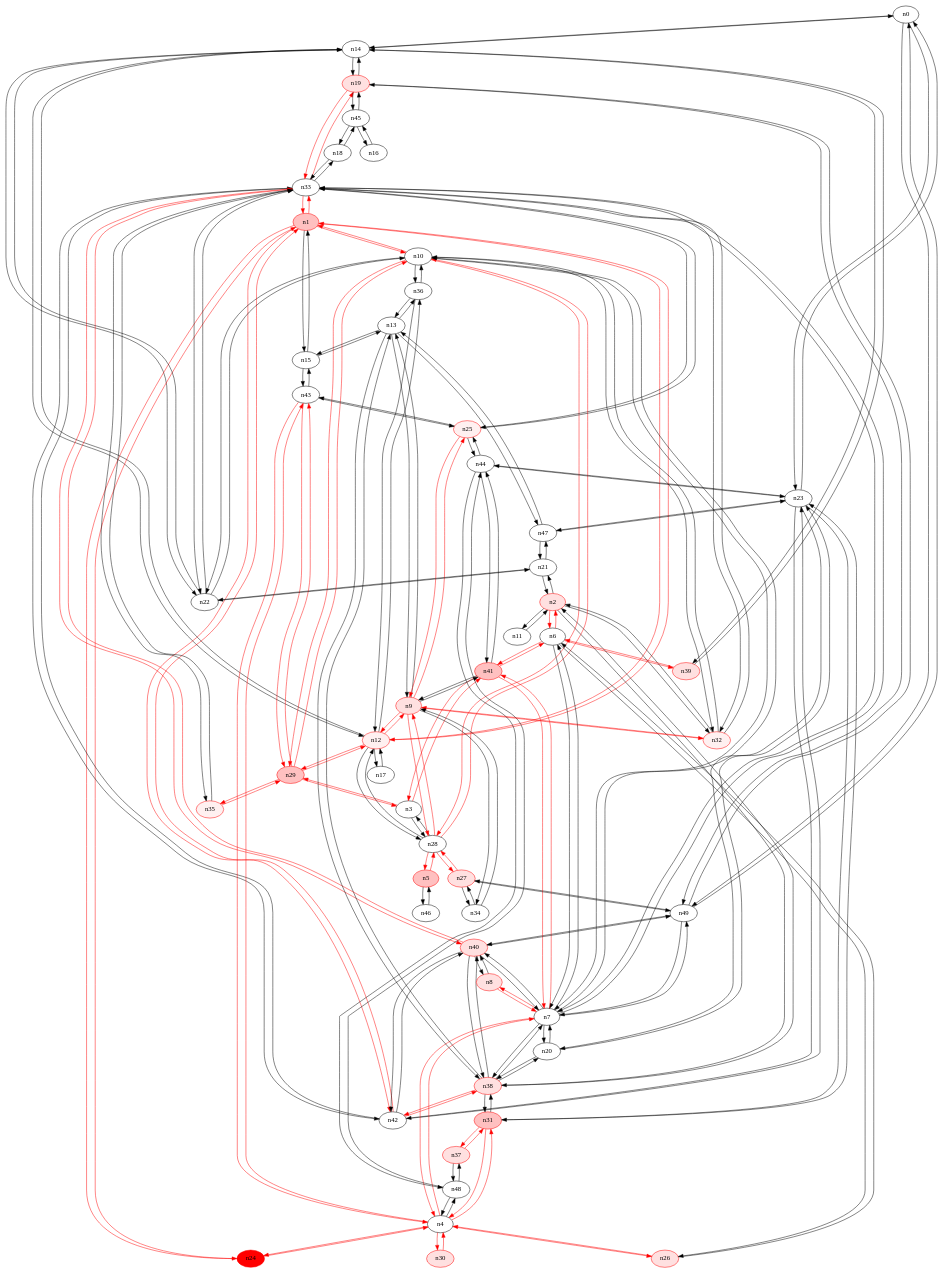
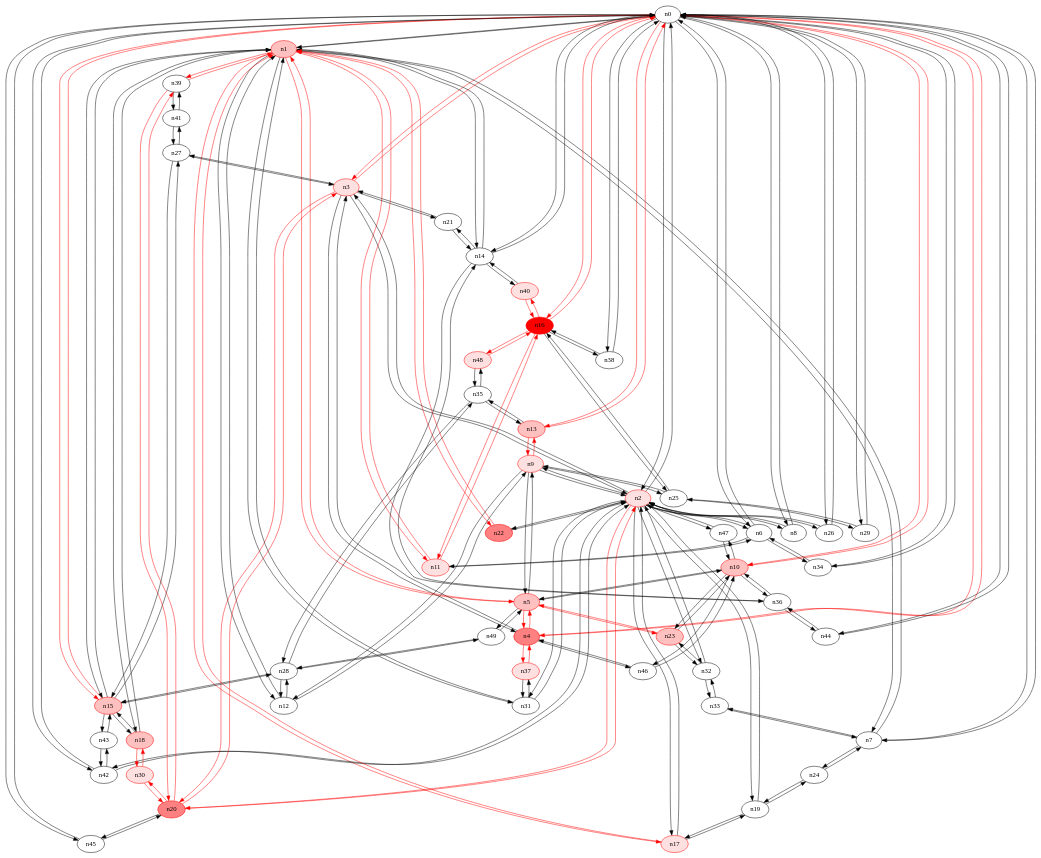
One commit to ireallyhopeirememberthis/yates_rrt changed the diagram in 50_35/34-rrt1.dot. Above: the diagram before and after it, drawn with Graphviz. The commit also changed 7464 other files, not shown here.

```diff
--- a/50_35/34-rrt1.dot
+++ b/50_35/34-rrt1.dot
@@ -1,252 +1,244 @@
 strict digraph {
 n0 [type=switch];
+n1 [type=switch, color="#FF0000", style=filled, fillcolor="#FFC0C0"];
+n2 [type=host, color="#FF0000", style=filled, fillcolor="#FFE0E0"];
+n3 [type=host, color="#FF0000", style=filled, fillcolor="#FFE0E0"];
+n4 [type=host, color="#FF0000", style=filled, fillcolor="#FF8080"];
+n6 [type=switch];
+n7 [type=switch];
+n8 [type=switch];
+n10 [type=host, color="#FF0000", style=filled, fillcolor="#FFC0C0"];
+n13 [type=host, color="#FF0000", style=filled, fillcolor="#FFC0C0"];
 n14 [type=switch];
-n23 [type=switch];
+n15 [type=host, color="#FF0000", style=filled, fillcolor="#FFC0C0"];
+n16 [type=switch, color="#FF0000", style=filled, fillcolor="#FF0000"];
+n26 [type=switch];
+n29 [type=switch];
+n34 [type=switch];
+n38 [type=switch];
+n42 [type=switch];
+n44 [type=switch];
+n45 [type=switch];
+n5 [type=host, color="#FF0000", style=filled, fillcolor="#FFC0C0"];
+n11 [type=host, color="#FF0000", style=filled, fillcolor="#FFE0E0"];
+n12 [type=switch];
+n17 [type=host, color="#FF0000", style=filled, fillcolor="#FFE0E0"];
+n18 [type=host, color="#FF0000", style=filled, fillcolor="#FFC0C0"];
+n22 [type=switch, color="#FF0000", style=filled, fillcolor="#FF8080"];
+n31 [type=switch];
+n39 [type=switch];
+n9 [type=host, color="#FF0000", style=filled, fillcolor="#FFE0E0"];
+n19 [type=switch];
+n20 [type=host, color="#FF0000", style=filled, fillcolor="#FF8080"];
+n32 [type=switch];
+n47 [type=switch];
+n21 [type=switch];
+n27 [type=switch];
+n37 [type=host, color="#FF0000", style=filled, fillcolor="#FFE0E0"];
+n46 [type=switch];
+n23 [type=host, color="#FF0000", style=filled, fillcolor="#FFC0C0"];
 n49 [type=switch];
-n1 [type=switch, color="#FF0000", style=filled, fillcolor="#FFC0C0"];
-n10 [type=switch];
-n12 [type=host, color="#FF0000", style=filled, fillcolor="#FFF0F0"];
-n15 [type=switch];
-n24 [type=switch, color="#FF0000", style=filled, fillcolor="#FF0000"];
+n24 [type=switch];
 n33 [type=switch];
-n42 [type=switch];
-n2 [type=host, color="#FF0000", style=filled, fillcolor="#FFE0E0"];
-n6 [type=switch];
-n11 [type=switch];
-n21 [type=switch];
-n32 [type=host, color="#FF0000", style=filled, fillcolor="#FFF0F0"];
-n38 [type=host, color="#FF0000", style=filled, fillcolor="#FFE0E0"];
-n3 [type=switch];
+n25 [type=switch];
+n36 [type=switch];
 n28 [type=switch];
-n29 [type=host, color="#FF0000", style=filled, fillcolor="#FFC0C0"];
-n41 [type=host, color="#FF0000", style=filled, fillcolor="#FFC0C0"];
-n4 [type=switch];
-n7 [type=switch];
-n26 [type=host, color="#FF0000", style=filled, fillcolor="#FFE0E0"];
+n35 [type=switch];
+n40 [type=host, color="#FF0000", style=filled, fillcolor="#FFE0E0"];
+n43 [type=switch];
+n48 [type=host, color="#FF0000", style=filled, fillcolor="#FFE0E0"];
 n30 [type=host, color="#FF0000", style=filled, fillcolor="#FFE0E0"];
-n31 [type=switch, color="#FF0000", style=filled, fillcolor="#FFC0C0"];
-n43 [type=switch];
-n48 [type=switch];
-n5 [type=switch, color="#FF0000", style=filled, fillcolor="#FFC0C0"];
-n46 [type=switch];
-n39 [type=host, color="#FF0000", style=filled, fillcolor="#FFE0E0"];
-n8 [type=host, color="#FF0000", style=filled, fillcolor="#FFE0E0"];
-n20 [type=switch];
-n40 [type=host, color="#FF0000", style=filled, fillcolor="#FFE0E0"];
-n9 [type=host, color="#FF0000", style=filled, fillcolor="#FFE0E0"];
-n13 [type=switch];
-n25 [type=host, color="#FF0000", style=filled, fillcolor="#FFF0F0"];
-n34 [type=switch];
-n22 [type=switch];
-n36 [type=switch];
-n17 [type=switch];
-n47 [type=switch];
-n19 [type=host, color="#FF0000", style=filled, fillcolor="#FFE0E0"];
-n16 [type=switch];
-n45 [type=switch];
-n18 [type=switch];
-n44 [type=switch];
-n27 [type=host, color="#FF0000", style=filled, fillcolor="#FFE0E0"];
-n35 [type=host, color="#FF0000", style=filled, fillcolor="#FFF0F0"];
-n37 [type=host, color="#FF0000", style=filled, fillcolor="#FFE0E0"];
+n41 [type=switch];
+n0 -> n1 [src_port=0, dst_port=0];
+n0 -> n2 [src_port=0, dst_port=0];
+n0 -> n3 [src_port=0, dst_port=0, color="#FF0000"];
+n0 -> n4 [src_port=0, dst_port=0, color="#FF0000"];
+n0 -> n6 [src_port=0, dst_port=0];
+n0 -> n7 [src_port=0, dst_port=0];
+n0 -> n8 [src_port=0, dst_port=0];
+n0 -> n10 [src_port=0, dst_port=0, color="#FF0000"];
+n0 -> n13 [src_port=0, dst_port=0, color="#FF0000"];
 n0 -> n14 [src_port=0, dst_port=0];
-n0 -> n23 [src_port=0, dst_port=0];
-n0 -> n49 [src_port=0, dst_port=0];
+n0 -> n15 [src_port=0, dst_port=0, color="#FF0000"];
+n0 -> n16 [src_port=0, dst_port=0, color="#FF0000"];
+n0 -> n26 [src_port=0, dst_port=0];
+n0 -> n29 [src_port=0, dst_port=0];
+n0 -> n34 [src_port=0, dst_port=0];
+n0 -> n38 [src_port=0, dst_port=0];
+n0 -> n42 [src_port=0, dst_port=0];
+n0 -> n44 [src_port=0, dst_port=0];
+n0 -> n45 [src_port=0, dst_port=0];
+n1 -> n0 [src_port=0, dst_port=0];
+n1 -> n7 [src_port=0, dst_port=0];
+n1 -> n14 [src_port=0, dst_port=0];
+n1 -> n15 [src_port=0, dst_port=0];
+n1 -> n5 [src_port=0, dst_port=0, color="#FF0000"];
+n1 -> n11 [src_port=0, dst_port=0, color="#FF0000"];
+n1 -> n12 [src_port=0, dst_port=0];
+n1 -> n17 [src_port=0, dst_port=0, color="#FF0000"];
+n1 -> n18 [src_port=0, dst_port=0];
+n1 -> n22 [src_port=0, dst_port=0, color="#FF0000"];
+n1 -> n31 [src_port=0, dst_port=0];
+n1 -> n39 [src_port=0, dst_port=0, color="#FF0000"];
+n2 -> n0 [src_port=0, dst_port=0];
+n2 -> n3 [src_port=0, dst_port=0];
+n2 -> n6 [src_port=0, dst_port=0];
+n2 -> n8 [src_port=0, dst_port=0];
+n2 -> n26 [src_port=0, dst_port=0];
+n2 -> n42 [src_port=0, dst_port=0];
+n2 -> n17 [src_port=0, dst_port=0];
+n2 -> n22 [src_port=0, dst_port=0];
+n2 -> n31 [src_port=0, dst_port=0];
+n2 -> n9 [src_port=0, dst_port=0];
+n2 -> n19 [src_port=0, dst_port=0];
+n2 -> n20 [src_port=0, dst_port=0, color="#FF0000"];
+n2 -> n32 [src_port=0, dst_port=0];
+n2 -> n47 [src_port=0, dst_port=0];
+n3 -> n0 [src_port=0, dst_port=0, color="#FF0000"];
+n3 -> n2 [src_port=0, dst_port=0];
+n3 -> n4 [src_port=0, dst_port=0];
+n3 -> n20 [src_port=0, dst_port=0, color="#FF0000"];
+n3 -> n21 [src_port=0, dst_port=0];
+n3 -> n27 [src_port=0, dst_port=0];
+n4 -> n0 [src_port=0, dst_port=0, color="#FF0000"];
+n4 -> n3 [src_port=0, dst_port=0];
+n4 -> n5 [src_port=0, dst_port=0, color="#FF0000"];
+n4 -> n37 [src_port=0, dst_port=0, color="#FF0000"];
+n4 -> n46 [src_port=0, dst_port=0];
+n6 -> n0 [src_port=0, dst_port=0];
+n6 -> n2 [src_port=0, dst_port=0];
+n6 -> n34 [src_port=0, dst_port=0];
+n6 -> n11 [src_port=0, dst_port=0];
+n7 -> n0 [src_port=0, dst_port=0];
+n7 -> n1 [src_port=0, dst_port=0];
+n7 -> n24 [src_port=0, dst_port=0];
+n7 -> n33 [src_port=0, dst_port=0];
+n8 -> n0 [src_port=0, dst_port=0];
+n8 -> n2 [src_port=0, dst_port=0];
+n10 -> n0 [src_port=0, dst_port=0, color="#FF0000"];
+n10 -> n5 [src_port=0, dst_port=0];
+n10 -> n47 [src_port=0, dst_port=0];
+n10 -> n46 [src_port=0, dst_port=0];
+n10 -> n23 [src_port=0, dst_port=0];
+n10 -> n36 [src_port=0, dst_port=0];
+n13 -> n0 [src_port=0, dst_port=0, color="#FF0000"];
+n13 -> n9 [src_port=0, dst_port=0, color="#FF0000"];
+n13 -> n35 [src_port=0, dst_port=0];
 n14 -> n0 [src_port=0, dst_port=0];
-n14 -> n12 [src_port=0, dst_port=0];
-n14 -> n39 [src_port=0, dst_port=0];
-n14 -> n22 [src_port=0, dst_port=0];
-n14 -> n19 [src_port=0, dst_port=0];
-n23 -> n0 [src_port=0, dst_port=0];
-n23 -> n42 [src_port=0, dst_port=0];
-n23 -> n31 [src_port=0, dst_port=0];
-n23 -> n20 [src_port=0, dst_port=0];
-n23 -> n47 [src_port=0, dst_port=0];
-n23 -> n44 [src_port=0, dst_port=0];
-n49 -> n0 [src_port=0, dst_port=0];
-n49 -> n7 [src_port=0, dst_port=0];
-n49 -> n40 [src_port=0, dst_port=0];
-n49 -> n19 [src_port=0, dst_port=0];
-n49 -> n27 [src_port=0, dst_port=0];
-n1 -> n10 [src_port=0, dst_port=0, color="#FF0000"];
-n1 -> n12 [src_port=0, dst_port=0, color="#FF0000"];
-n1 -> n15 [src_port=0, dst_port=0];
-n1 -> n24 [src_port=0, dst_port=0, color="#FF0000"];
-n1 -> n33 [src_port=0, dst_port=0, color="#FF0000"];
-n1 -> n42 [src_port=0, dst_port=0, color="#FF0000"];
-n10 -> n1 [src_port=0, dst_port=0, color="#FF0000"];
-n10 -> n32 [src_port=0, dst_port=0];
-n10 -> n28 [src_port=0, dst_port=0, color="#FF0000"];
-n10 -> n29 [src_port=0, dst_port=0, color="#FF0000"];
-n10 -> n7 [src_port=0, dst_port=0];
-n10 -> n22 [src_port=0, dst_port=0];
-n10 -> n36 [src_port=0, dst_port=0];
-n12 -> n14 [src_port=0, dst_port=0];
-n12 -> n1 [src_port=0, dst_port=0, color="#FF0000"];
+n14 -> n1 [src_port=0, dst_port=0];
+n14 -> n21 [src_port=0, dst_port=0];
+n14 -> n36 [src_port=0, dst_port=0];
+n14 -> n40 [src_port=0, dst_port=0];
+n15 -> n0 [src_port=0, dst_port=0, color="#FF0000"];
+n15 -> n1 [src_port=0, dst_port=0];
+n15 -> n18 [src_port=0, dst_port=0];
+n15 -> n27 [src_port=0, dst_port=0];
+n15 -> n28 [src_port=0, dst_port=0];
+n15 -> n43 [src_port=0, dst_port=0];
+n16 -> n0 [src_port=0, dst_port=0, color="#FF0000"];
+n16 -> n38 [src_port=0, dst_port=0];
+n16 -> n11 [src_port=0, dst_port=0, color="#FF0000"];
+n16 -> n25 [src_port=0, dst_port=0];
+n16 -> n40 [src_port=0, dst_port=0, color="#FF0000"];
+n16 -> n48 [src_port=0, dst_port=0, color="#FF0000"];
+n26 -> n0 [src_port=0, dst_port=0];
+n26 -> n2 [src_port=0, dst_port=0];
+n29 -> n0 [src_port=0, dst_port=0];
+n29 -> n25 [src_port=0, dst_port=0];
+n34 -> n0 [src_port=0, dst_port=0];
+n34 -> n6 [src_port=0, dst_port=0];
+n38 -> n0 [src_port=0, dst_port=0];
+n38 -> n16 [src_port=0, dst_port=0];
+n42 -> n0 [src_port=0, dst_port=0];
+n42 -> n2 [src_port=0, dst_port=0];
+n42 -> n43 [src_port=0, dst_port=0];
+n44 -> n0 [src_port=0, dst_port=0];
+n44 -> n36 [src_port=0, dst_port=0];
+n45 -> n0 [src_port=0, dst_port=0];
+n45 -> n20 [src_port=0, dst_port=0];
+n5 -> n1 [src_port=0, dst_port=0, color="#FF0000"];
+n5 -> n4 [src_port=0, dst_port=0, color="#FF0000"];
+n5 -> n10 [src_port=0, dst_port=0];
+n5 -> n9 [src_port=0, dst_port=0];
+n5 -> n23 [src_port=0, dst_port=0, color="#FF0000"];
+n5 -> n49 [src_port=0, dst_port=0];
+n11 -> n1 [src_port=0, dst_port=0, color="#FF0000"];
+n11 -> n6 [src_port=0, dst_port=0];
+n11 -> n16 [src_port=0, dst_port=0, color="#FF0000"];
+n12 -> n1 [src_port=0, dst_port=0];
+n12 -> n9 [src_port=0, dst_port=0];
 n12 -> n28 [src_port=0, dst_port=0];
-n12 -> n29 [src_port=0, dst_port=0, color="#FF0000"];
-n12 -> n9 [src_port=0, dst_port=0, color="#FF0000"];
-n12 -> n36 [src_port=0, dst_port=0];
-n12 -> n17 [src_port=0, dst_port=0];
-n15 -> n1 [src_port=0, dst_port=0];
-n15 -> n43 [src_port=0, dst_port=0];
-n15 -> n13 [src_port=0, dst_port=0];
-n24 -> n1 [src_port=0, dst_port=0, color="#FF0000"];
-n24 -> n4 [src_port=0, dst_port=0, color="#FF0000"];
-n33 -> n1 [src_port=0, dst_port=0, color="#FF0000"];
-n33 -> n42 [src_port=0, dst_port=0];
+n17 -> n1 [src_port=0, dst_port=0, color="#FF0000"];
+n17 -> n2 [src_port=0, dst_port=0];
+n17 -> n19 [src_port=0, dst_port=0];
+n18 -> n1 [src_port=0, dst_port=0];
+n18 -> n15 [src_port=0, dst_port=0];
+n18 -> n30 [src_port=0, dst_port=0, color="#FF0000"];
+n22 -> n1 [src_port=0, dst_port=0, color="#FF0000"];
+n22 -> n2 [src_port=0, dst_port=0];
+n31 -> n1 [src_port=0, dst_port=0];
+n31 -> n2 [src_port=0, dst_port=0];
+n31 -> n37 [src_port=0, dst_port=0];
+n39 -> n1 [src_port=0, dst_port=0, color="#FF0000"];
+n39 -> n20 [src_port=0, dst_port=0, color="#FF0000"];
+n39 -> n41 [src_port=0, dst_port=0];
+n9 -> n2 [src_port=0, dst_port=0];
+n9 -> n13 [src_port=0, dst_port=0, color="#FF0000"];
+n9 -> n5 [src_port=0, dst_port=0];
+n9 -> n12 [src_port=0, dst_port=0];
+n9 -> n25 [src_port=0, dst_port=0];
+n19 -> n2 [src_port=0, dst_port=0];
+n19 -> n17 [src_port=0, dst_port=0];
+n19 -> n24 [src_port=0, dst_port=0];
+n20 -> n2 [src_port=0, dst_port=0, color="#FF0000"];
+n20 -> n3 [src_port=0, dst_port=0, color="#FF0000"];
+n20 -> n45 [src_port=0, dst_port=0];
+n20 -> n39 [src_port=0, dst_port=0, color="#FF0000"];
+n20 -> n30 [src_port=0, dst_port=0, color="#FF0000"];
+n32 -> n2 [src_port=0, dst_port=0];
+n32 -> n23 [src_port=0, dst_port=0];
+n32 -> n33 [src_port=0, dst_port=0];
+n47 -> n2 [src_port=0, dst_port=0];
+n47 -> n10 [src_port=0, dst_port=0];
+n21 -> n3 [src_port=0, dst_port=0];
+n21 -> n14 [src_port=0, dst_port=0];
+n27 -> n3 [src_port=0, dst_port=0];
+n27 -> n15 [src_port=0, dst_port=0];
+n27 -> n41 [src_port=0, dst_port=0];
+n37 -> n4 [src_port=0, dst_port=0, color="#FF0000"];
+n37 -> n31 [src_port=0, dst_port=0];
+n46 -> n4 [src_port=0, dst_port=0];
+n46 -> n10 [src_port=0, dst_port=0];
+n23 -> n10 [src_port=0, dst_port=0];
+n23 -> n5 [src_port=0, dst_port=0, color="#FF0000"];
+n23 -> n32 [src_port=0, dst_port=0];
+n49 -> n5 [src_port=0, dst_port=0];
+n49 -> n28 [src_port=0, dst_port=0];
+n24 -> n7 [src_port=0, dst_port=0];
+n24 -> n19 [src_port=0, dst_port=0];
+n33 -> n7 [src_port=0, dst_port=0];
 n33 -> n32 [src_port=0, dst_port=0];
-n33 -> n7 [src_port=0, dst_port=0];
-n33 -> n40 [src_port=0, dst_port=0, color="#FF0000"];
-n33 -> n25 [src_port=0, dst_port=0];
-n33 -> n22 [src_port=0, dst_port=0];
-n33 -> n19 [src_port=0, dst_port=0, color="#FF0000"];
-n33 -> n18 [src_port=0, dst_port=0];
-n33 -> n35 [src_port=0, dst_port=0];
-n42 -> n23 [src_port=0, dst_port=0];
-n42 -> n1 [src_port=0, dst_port=0, color="#FF0000"];
-n42 -> n33 [src_port=0, dst_port=0];
-n42 -> n38 [src_port=0, dst_port=0, color="#FF0000"];
-n42 -> n40 [src_port=0, dst_port=0];
-n2 -> n6 [src_port=0, dst_port=0, color="#FF0000"];
-n2 -> n11 [src_port=0, dst_port=0];
-n2 -> n21 [src_port=0, dst_port=0];
-n2 -> n32 [src_port=0, dst_port=0];
-n2 -> n38 [src_port=0, dst_port=0];
-n6 -> n2 [src_port=0, dst_port=0, color="#FF0000"];
-n6 -> n41 [src_port=0, dst_port=0, color="#FF0000"];
-n6 -> n7 [src_port=0, dst_port=0];
-n6 -> n26 [src_port=0, dst_port=0];
-n6 -> n39 [src_port=0, dst_port=0, color="#FF0000"];
-n11 -> n2 [src_port=0, dst_port=0];
-n21 -> n2 [src_port=0, dst_port=0];
-n21 -> n22 [src_port=0, dst_port=0];
-n21 -> n47 [src_port=0, dst_port=0];
-n32 -> n10 [src_port=0, dst_port=0];
-n32 -> n33 [src_port=0, dst_port=0];
-n32 -> n2 [src_port=0, dst_port=0];
-n32 -> n9 [src_port=0, dst_port=0, color="#FF0000"];
-n38 -> n42 [src_port=0, dst_port=0, color="#FF0000"];
-n38 -> n2 [src_port=0, dst_port=0];
-n38 -> n7 [src_port=0, dst_port=0];
-n38 -> n31 [src_port=0, dst_port=0];
-n38 -> n20 [src_port=0, dst_port=0];
-n38 -> n40 [src_port=0, dst_port=0];
-n38 -> n13 [src_port=0, dst_port=0];
-n3 -> n28 [src_port=0, dst_port=0];
-n3 -> n29 [src_port=0, dst_port=0, color="#FF0000"];
-n3 -> n41 [src_port=0, dst_port=0, color="#FF0000"];
-n28 -> n10 [src_port=0, dst_port=0, color="#FF0000"];
+n25 -> n16 [src_port=0, dst_port=0];
+n25 -> n29 [src_port=0, dst_port=0];
+n25 -> n9 [src_port=0, dst_port=0];
+n36 -> n10 [src_port=0, dst_port=0];
+n36 -> n14 [src_port=0, dst_port=0];
+n36 -> n44 [src_port=0, dst_port=0];
+n28 -> n15 [src_port=0, dst_port=0];
 n28 -> n12 [src_port=0, dst_port=0];
-n28 -> n3 [src_port=0, dst_port=0];
-n28 -> n5 [src_port=0, dst_port=0, color="#FF0000"];
-n28 -> n9 [src_port=0, dst_port=0, color="#FF0000"];
-n28 -> n27 [src_port=0, dst_port=0, color="#FF0000"];
-n29 -> n10 [src_port=0, dst_port=0, color="#FF0000"];
-n29 -> n12 [src_port=0, dst_port=0, color="#FF0000"];
-n29 -> n3 [src_port=0, dst_port=0, color="#FF0000"];
-n29 -> n43 [src_port=0, dst_port=0, color="#FF0000"];
-n29 -> n35 [src_port=0, dst_port=0, color="#FF0000"];
-n41 -> n6 [src_port=0, dst_port=0, color="#FF0000"];
-n41 -> n3 [src_port=0, dst_port=0, color="#FF0000"];
-n41 -> n7 [src_port=0, dst_port=0, color="#FF0000"];
-n41 -> n9 [src_port=0, dst_port=0];
-n41 -> n44 [src_port=0, dst_port=0];
-n4 -> n24 [src_port=0, dst_port=0, color="#FF0000"];
-n4 -> n7 [src_port=0, dst_port=0, color="#FF0000"];
-n4 -> n26 [src_port=0, dst_port=0, color="#FF0000"];
-n4 -> n30 [src_port=0, dst_port=0, color="#FF0000"];
-n4 -> n31 [src_port=0, dst_port=0, color="#FF0000"];
-n4 -> n43 [src_port=0, dst_port=0, color="#FF0000"];
-n4 -> n48 [src_port=0, dst_port=0];
-n7 -> n49 [src_port=0, dst_port=0];
-n7 -> n10 [src_port=0, dst_port=0];
-n7 -> n33 [src_port=0, dst_port=0];
-n7 -> n6 [src_port=0, dst_port=0];
-n7 -> n38 [src_port=0, dst_port=0];
-n7 -> n41 [src_port=0, dst_port=0, color="#FF0000"];
-n7 -> n4 [src_port=0, dst_port=0, color="#FF0000"];
-n7 -> n8 [src_port=0, dst_port=0, color="#FF0000"];
-n7 -> n20 [src_port=0, dst_port=0];
-n7 -> n40 [src_port=0, dst_port=0];
-n26 -> n6 [src_port=0, dst_port=0];
-n26 -> n4 [src_port=0, dst_port=0, color="#FF0000"];
-n30 -> n4 [src_port=0, dst_port=0, color="#FF0000"];
-n31 -> n23 [src_port=0, dst_port=0];
-n31 -> n38 [src_port=0, dst_port=0];
-n31 -> n4 [src_port=0, dst_port=0, color="#FF0000"];
-n31 -> n37 [src_port=0, dst_port=0, color="#FF0000"];
+n28 -> n49 [src_port=0, dst_port=0];
+n28 -> n35 [src_port=0, dst_port=0];
+n35 -> n13 [src_port=0, dst_port=0];
+n35 -> n28 [src_port=0, dst_port=0];
+n35 -> n48 [src_port=0, dst_port=0];
+n40 -> n14 [src_port=0, dst_port=0];
+n40 -> n16 [src_port=0, dst_port=0, color="#FF0000"];
 n43 -> n15 [src_port=0, dst_port=0];
-n43 -> n29 [src_port=0, dst_port=0, color="#FF0000"];
-n43 -> n4 [src_port=0, dst_port=0, color="#FF0000"];
-n43 -> n25 [src_port=0, dst_port=0];
-n48 -> n4 [src_port=0, dst_port=0];
-n48 -> n44 [src_port=0, dst_port=0];
-n48 -> n37 [src_port=0, dst_port=0];
-n5 -> n28 [src_port=0, dst_port=0, color="#FF0000"];
-n5 -> n46 [src_port=0, dst_port=0];
-n46 -> n5 [src_port=0, dst_port=0];
-n39 -> n14 [src_port=0, dst_port=0];
-n39 -> n6 [src_port=0, dst_port=0, color="#FF0000"];
-n8 -> n7 [src_port=0, dst_port=0, color="#FF0000"];
-n8 -> n40 [src_port=0, dst_port=0];
-n20 -> n23 [src_port=0, dst_port=0];
-n20 -> n38 [src_port=0, dst_port=0];
-n20 -> n7 [src_port=0, dst_port=0];
-n40 -> n49 [src_port=0, dst_port=0];
-n40 -> n33 [src_port=0, dst_port=0, color="#FF0000"];
-n40 -> n42 [src_port=0, dst_port=0];
-n40 -> n38 [src_port=0, dst_port=0];
-n40 -> n7 [src_port=0, dst_port=0];
-n40 -> n8 [src_port=0, dst_port=0];
-n9 -> n12 [src_port=0, dst_port=0, color="#FF0000"];
-n9 -> n32 [src_port=0, dst_port=0, color="#FF0000"];
-n9 -> n28 [src_port=0, dst_port=0, color="#FF0000"];
-n9 -> n41 [src_port=0, dst_port=0];
-n9 -> n13 [src_port=0, dst_port=0];
-n9 -> n25 [src_port=0, dst_port=0, color="#FF0000"];
-n9 -> n34 [src_port=0, dst_port=0];
-n13 -> n15 [src_port=0, dst_port=0];
-n13 -> n38 [src_port=0, dst_port=0];
-n13 -> n9 [src_port=0, dst_port=0];
-n13 -> n36 [src_port=0, dst_port=0];
-n13 -> n47 [src_port=0, dst_port=0];
-n25 -> n33 [src_port=0, dst_port=0];
-n25 -> n43 [src_port=0, dst_port=0];
-n25 -> n9 [src_port=0, dst_port=0, color="#FF0000"];
-n25 -> n44 [src_port=0, dst_port=0];
-n34 -> n9 [src_port=0, dst_port=0];
-n34 -> n27 [src_port=0, dst_port=0];
-n22 -> n14 [src_port=0, dst_port=0];
-n22 -> n10 [src_port=0, dst_port=0];
-n22 -> n33 [src_port=0, dst_port=0];
-n22 -> n21 [src_port=0, dst_port=0];
-n36 -> n10 [src_port=0, dst_port=0];
-n36 -> n12 [src_port=0, dst_port=0];
-n36 -> n13 [src_port=0, dst_port=0];
-n17 -> n12 [src_port=0, dst_port=0];
-n47 -> n23 [src_port=0, dst_port=0];
-n47 -> n21 [src_port=0, dst_port=0];
-n47 -> n13 [src_port=0, dst_port=0];
-n19 -> n14 [src_port=0, dst_port=0];
-n19 -> n49 [src_port=0, dst_port=0];
-n19 -> n33 [src_port=0, dst_port=0, color="#FF0000"];
-n19 -> n45 [src_port=0, dst_port=0];
-n16 -> n45 [src_port=0, dst_port=0];
-n45 -> n19 [src_port=0, dst_port=0];
-n45 -> n16 [src_port=0, dst_port=0];
-n45 -> n18 [src_port=0, dst_port=0];
-n18 -> n33 [src_port=0, dst_port=0];
-n18 -> n45 [src_port=0, dst_port=0];
-n44 -> n23 [src_port=0, dst_port=0];
-n44 -> n41 [src_port=0, dst_port=0];
-n44 -> n48 [src_port=0, dst_port=0];
-n44 -> n25 [src_port=0, dst_port=0];
-n27 -> n49 [src_port=0, dst_port=0];
-n27 -> n28 [src_port=0, dst_port=0, color="#FF0000"];
-n27 -> n34 [src_port=0, dst_port=0];
-n35 -> n33 [src_port=0, dst_port=0];
-n35 -> n29 [src_port=0, dst_port=0, color="#FF0000"];
-n37 -> n31 [src_port=0, dst_port=0, color="#FF0000"];
-n37 -> n48 [src_port=0, dst_port=0];
+n43 -> n42 [src_port=0, dst_port=0];
+n48 -> n16 [src_port=0, dst_port=0, color="#FF0000"];
+n48 -> n35 [src_port=0, dst_port=0];
+n30 -> n18 [src_port=0, dst_port=0, color="#FF0000"];
+n30 -> n20 [src_port=0, dst_port=0, color="#FF0000"];
+n41 -> n39 [src_port=0, dst_port=0];
+n41 -> n27 [src_port=0, dst_port=0];
 }
```
